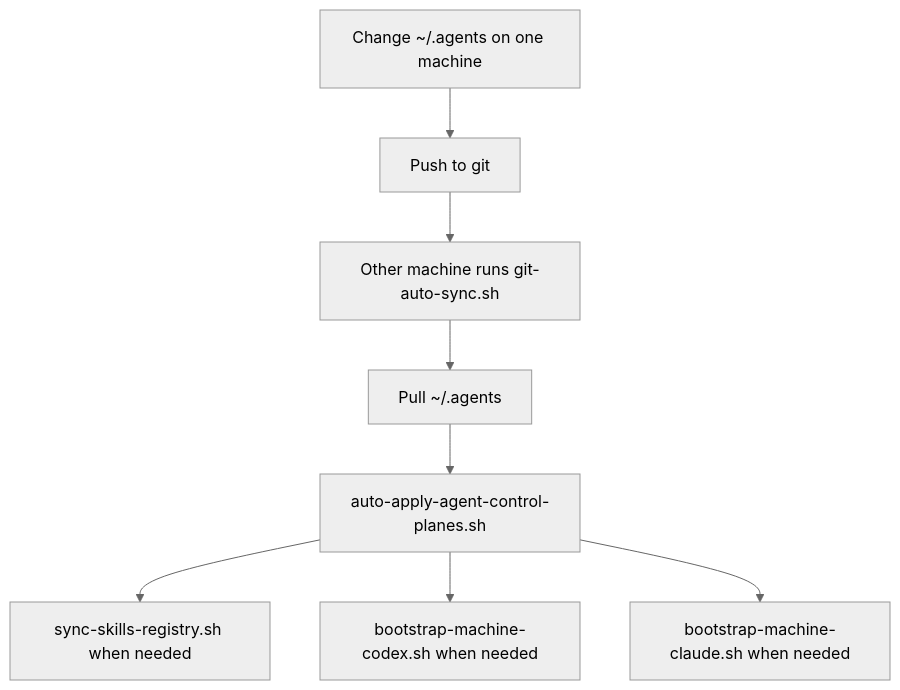
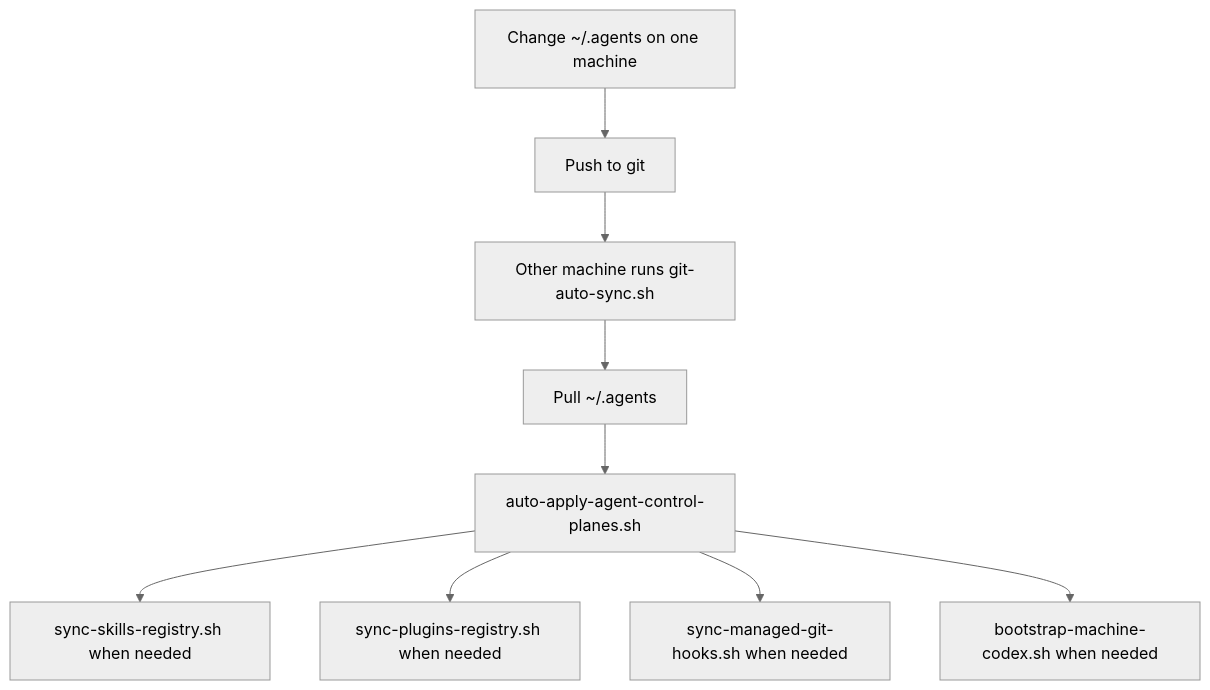
One commit to wisdom-in-a-nutshell/.agents changed the diagram in docs/architecture/codex-sync-simple.md. Above: the diagram before and after it, drawn with Mermaid (neutral theme). The commit also changed other lines of this file and 165 other files, not shown here.

Commit message:
Make agent control plane Codex-only

````diff
--- a/docs/architecture/codex-sync-simple.md
+++ b/docs/architecture/codex-sync-simple.md
@@ -12,10 +12,11 @@
 ```mermaid
 flowchart TD
-    A[Change ~/.agents on one machine] --> B[Push to git]
-    B --> C[Other machine runs git-auto-sync.sh]
-    C --> D[Pull ~/.agents]
-    D --> E[auto-apply-agent-control-planes.sh]
-    E --> F[sync-skills-registry.sh when needed]
-    E --> G[bootstrap-machine-codex.sh when needed]
-    E --> H[bootstrap-machine-claude.sh when needed]
+    A["Change ~/.agents on one machine"] --> B["Push to git"]
+    B --> C["Other machine runs git-auto-sync.sh"]
+    C --> D["Pull ~/.agents"]
+    D --> E["auto-apply-agent-control-planes.sh"]
+    E --> F["sync-skills-registry.sh when needed"]
+    E --> G["sync-plugins-registry.sh when needed"]
+    E --> H["sync-managed-git-hooks.sh when needed"]
+    E --> I["bootstrap-machine-codex.sh when needed"]
 ```
````
